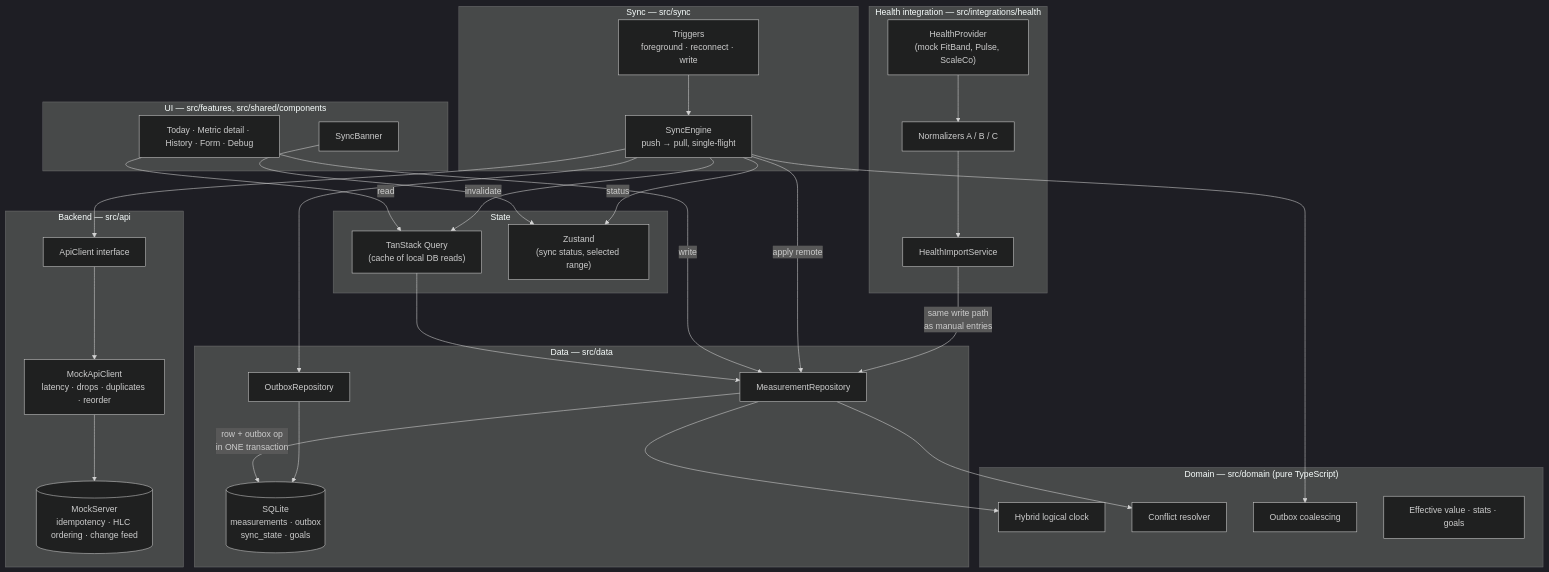
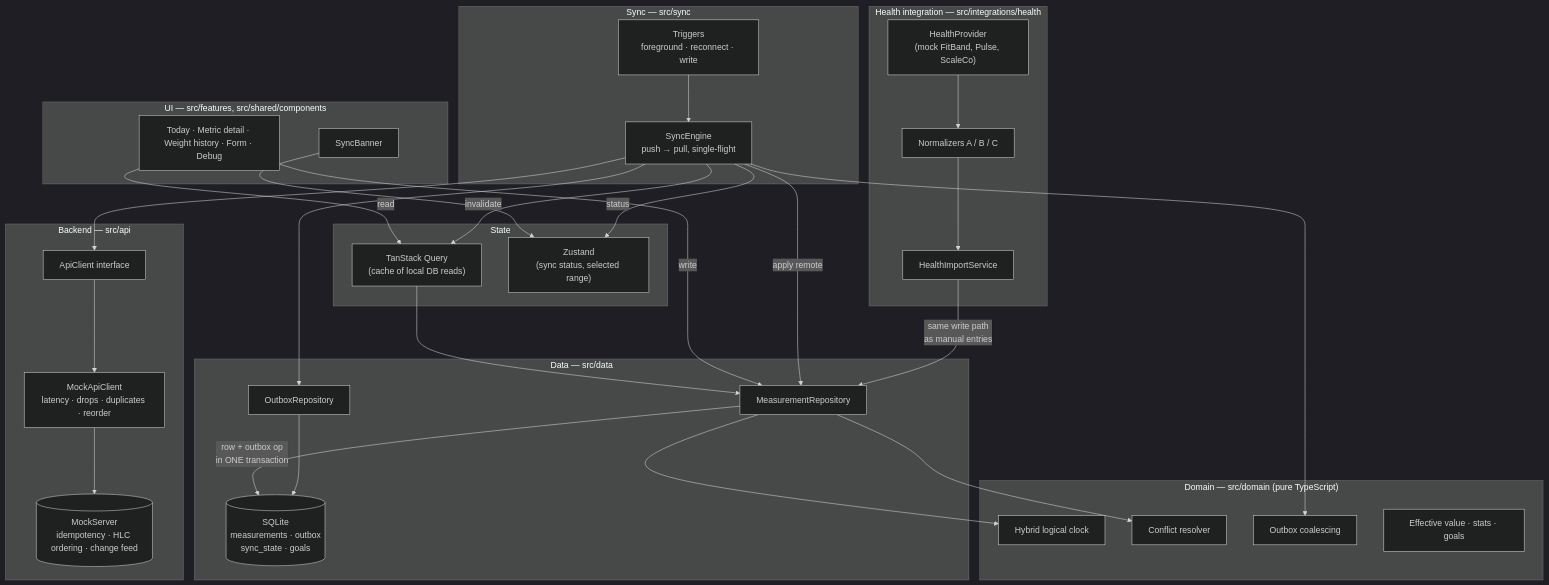
The first of 3 diagrams in docs/architecture.md (rahulkumawat2107/Traya-Assignment), drawn with Mermaid (dark theme) before and after one commit. The commit also changed 5 other files, not shown here.

First line of the commit message:
Remove the History tab; open weight history from the Weight screen

````diff
--- a/docs/architecture.md
+++ b/docs/architecture.md
@@ -5,60 +5,60 @@
 ```mermaid
 flowchart TB
   subgraph UI["UI — src/features, src/shared/components"]
-    Screens["Today · Metric detail · History · Form · Debug"]
+    Screens["Today · Metric detail · Weight history · Form · Debug"]
     Banner["SyncBanner"]
   end
 
   subgraph State["State"]
     RQ["TanStack Query<br/>(cache of local DB reads)"]
     Zustand["Zustand<br/>(sync status, selected range)"]
   end
 
   subgraph Domain["Domain — src/domain (pure TypeScript)"]
     HLC["Hybrid logical clock"]
     Resolver["Conflict resolver"]
     Coalesce["Outbox coalescing"]
     Rules["Effective value · stats · goals"]
   end
 
   subgraph Data["Data — src/data"]
     Repo["MeasurementRepository"]
     Outbox["OutboxRepository"]
     DB[("SQLite<br/>measurements · outbox<br/>sync_state · goals")]
   end
 
   subgraph Sync["Sync — src/sync"]
     Engine["SyncEngine<br/>push → pull, single-flight"]
     Triggers["Triggers<br/>foreground · reconnect · write"]
   end
 
   subgraph Health["Health integration — src/integrations/health"]
     Import["HealthImportService"]
     Norm["Normalizers A / B / C"]
     Providers["HealthProvider<br/>(mock FitBand, Pulse, ScaleCo)"]
   end
 
   subgraph Backend["Backend — src/api"]
     Api["ApiClient interface"]
     MockApi["MockApiClient<br/>latency · drops · duplicates · reorder"]
     Server[("MockServer<br/>idempotency · HLC ordering · change feed")]
   end
 
   Screens -- "read" --> RQ --> Repo
   Screens -- "write" --> Repo
   Banner --> Zustand
   Repo -- "row + outbox op<br/>in ONE transaction" --> DB
   Outbox --> DB
   Repo --> HLC
   Repo --> Resolver
 
   Triggers --> Engine
   Engine --> Outbox
   Engine --> Coalesce
   Engine -- "apply remote" --> Repo
   Engine -- "status" --> Zustand
   Engine -- "invalidate" --> RQ
   Engine --> Api --> MockApi --> Server
 
   Providers --> Norm --> Import -- "same write path<br/>as manual entries" --> Repo
 ```
````
